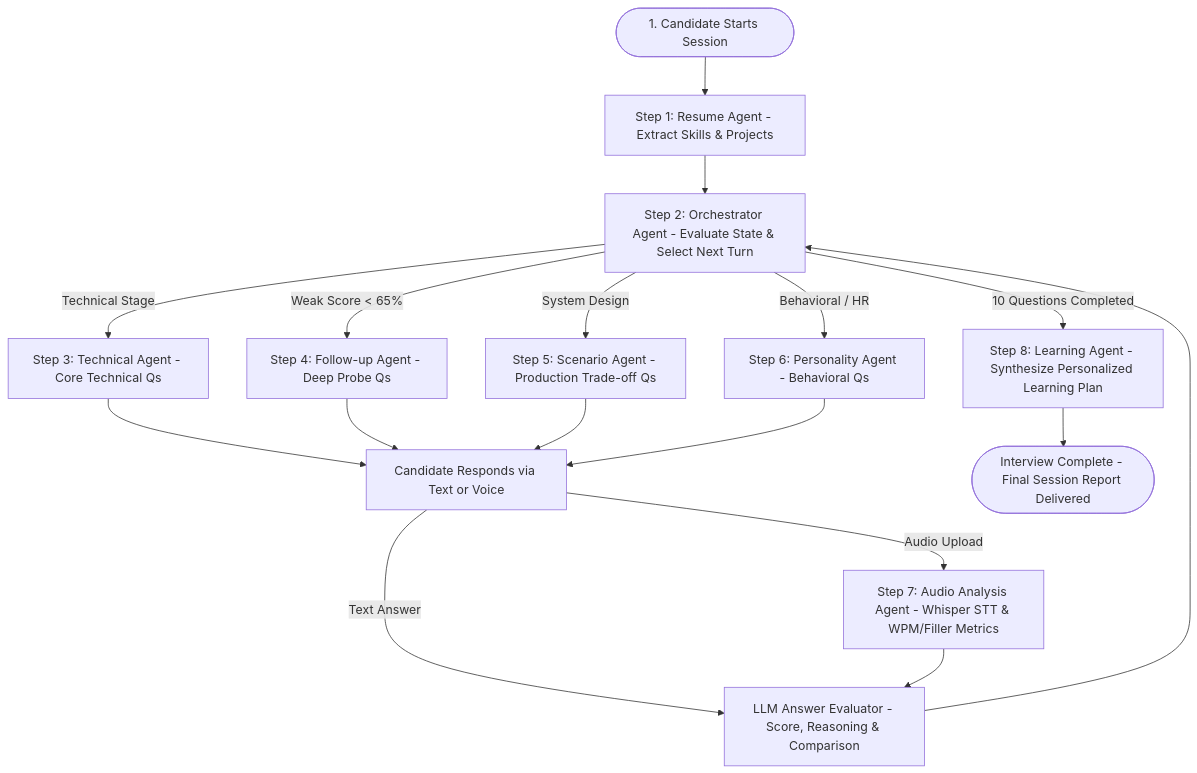
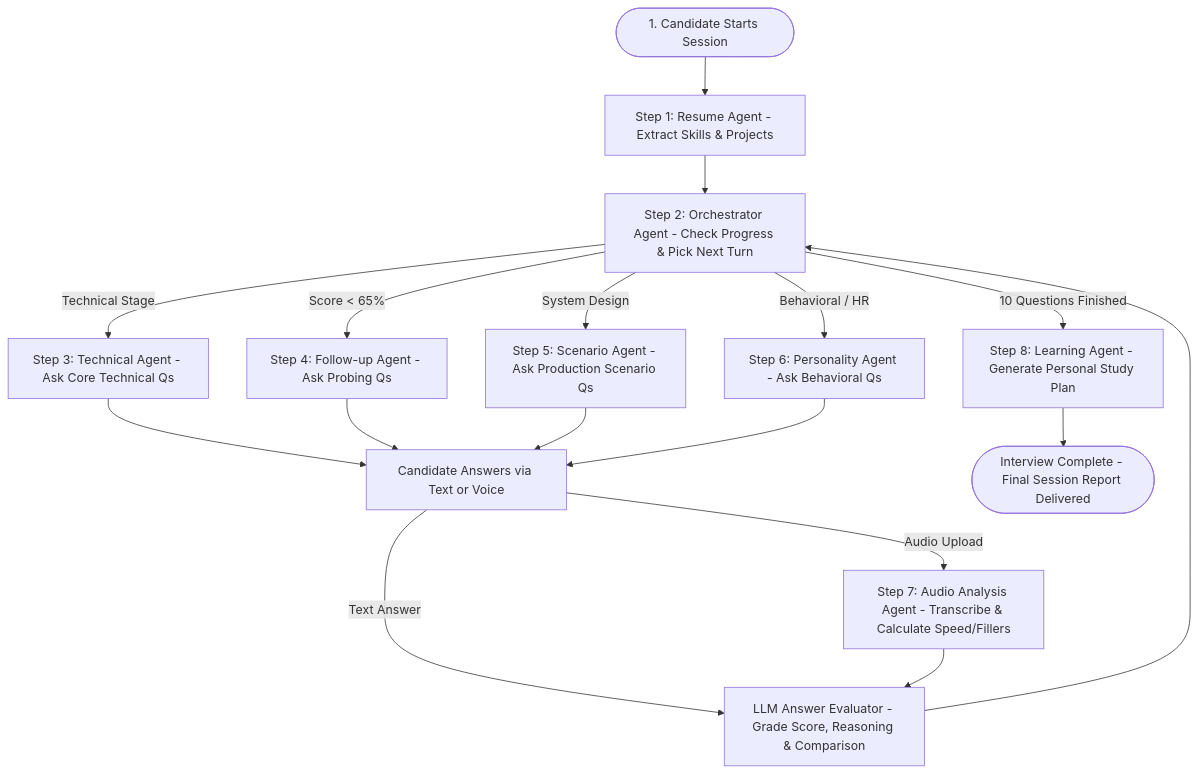
Before and after one commit to ShubhamPandey020525/Interview_Coach: the diagram in README.md, drawn with Mermaid. The commit also changed other lines of this file, not shown here.

````diff
--- a/README.md
+++ b/README.md
@@ -45,21 +47,21 @@
 ```mermaid
 flowchart TD
     Start([1. Candidate Starts Session]) --> Resume[Step 1: Resume Agent - Extract Skills & Projects]
-    Resume --> Orch[Step 2: Orchestrator Agent - Evaluate State & Select Next Turn]
+    Resume --> Orch[Step 2: Orchestrator Agent - Check Progress & Pick Next Turn]
     
-    Orch -->|Technical Stage| Tech[Step 3: Technical Agent - Core Technical Qs]
-    Orch -->|Weak Score < 65%| Followup[Step 4: Follow-up Agent - Deep Probe Qs]
-    Orch -->|System Design| Scenario[Step 5: Scenario Agent - Production Trade-off Qs]
-    Orch -->|Behavioral / HR| Personality[Step 6: Personality Agent - Behavioral Qs]
+    Orch -->|Technical Stage| Tech[Step 3: Technical Agent - Ask Core Technical Qs]
+    Orch -->|Score < 65%| Followup[Step 4: Follow-up Agent - Ask Probing Qs]
+    Orch -->|System Design| Scenario[Step 5: Scenario Agent - Ask Production Scenario Qs]
+    Orch -->|Behavioral / HR| Personality[Step 6: Personality Agent - Ask Behavioral Qs]
     
-    Tech & Followup & Scenario & Personality --> CandidateAnswer[Candidate Responds via Text or Voice]
+    Tech & Followup & Scenario & Personality --> CandidateAnswer[Candidate Answers via Text or Voice]
     
-    CandidateAnswer -->|Audio Upload| AudioAgent[Step 7: Audio Analysis Agent - Whisper STT & WPM/Filler Metrics]
-    CandidateAnswer -->|Text Answer| LLMEval[LLM Answer Evaluator - Score, Reasoning & Comparison]
+    CandidateAnswer -->|Audio Upload| AudioAgent[Step 7: Audio Analysis Agent - Transcribe & Calculate Speed/Fillers]
+    CandidateAnswer -->|Text Answer| LLMEval[LLM Answer Evaluator - Grade Score, Reasoning & Comparison]
     
     AudioAgent --> LLMEval
     LLMEval --> Orch
     
-    Orch -->|10 Questions Completed| Learning[Step 8: Learning Agent - Synthesize Personalized Learning Plan]
+    Orch -->|10 Questions Finished| Learning[Step 8: Learning Agent - Generate Personal Study Plan]
     Learning --> Complete([Interview Complete - Final Session Report Delivered])
 ```
````
